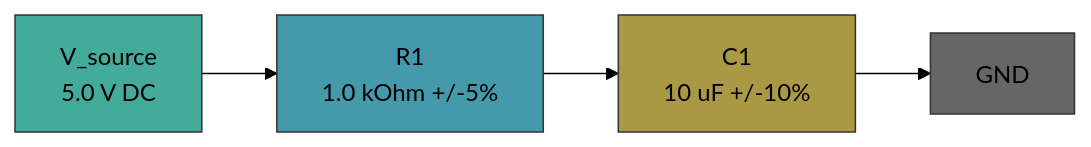
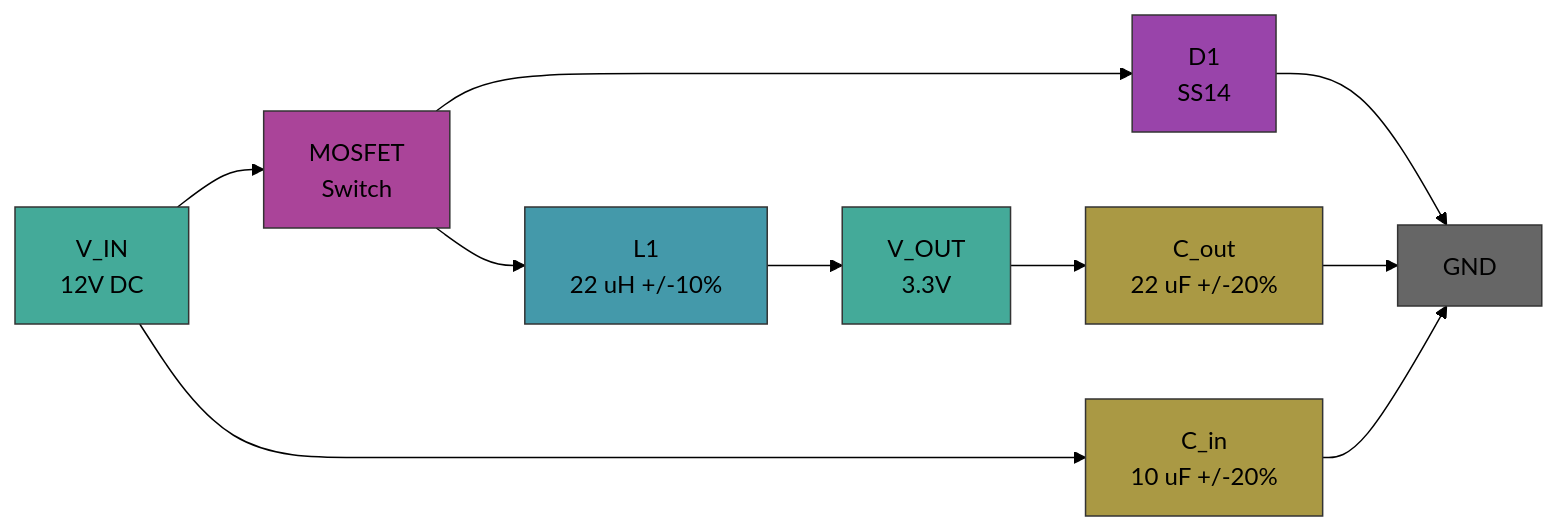
One commit to engineering-with-ai/electrical-pcb changed the diagram in readme.md. Above: the diagram before and after it, drawn with Mermaid (forest theme). The commit also changed other lines of this file and 6 other files, not shown here.

````diff
--- a/readme.md
+++ b/readme.md
@@ -12,11 +12,21 @@
 ```mermaid
 graph LR
-    V["V_source<br/>5.0 V DC"] --> R["R1<br/>1.0 kOhm +/-5%"]
-    R --> C["C1<br/>10 uF +/-10%"]
-    C --> GND["GND"]
+    VIN["V_IN<br/>12V DC"] --> SW["MOSFET<br/>Switch"]
+    SW --> L["L1<br/>22 uH +/-10%"]
+    L --> VOUT["V_OUT<br/>3.3V"]
+    SW --> D["D1<br/>SS14"]
+    D --> GND["GND"]
+    VOUT --> COUT["C_out<br/>22 uF +/-20%"]
+    COUT --> GND
+    VIN --> CIN["C_in<br/>10 uF +/-20%"]
+    CIN --> GND
 
-    style V fill:#4a9,stroke:#333
-    style R fill:#49a,stroke:#333
-    style C fill:#a94,stroke:#333
+    style VIN fill:#4a9,stroke:#333
+    style SW fill:#a49,stroke:#333
+    style L fill:#49a,stroke:#333
+    style D fill:#94a,stroke:#333
+    style VOUT fill:#4a9,stroke:#333
     style GND fill:#666,stroke:#333
+    style COUT fill:#a94,stroke:#333
+    style CIN fill:#a94,stroke:#333
 ```
````
